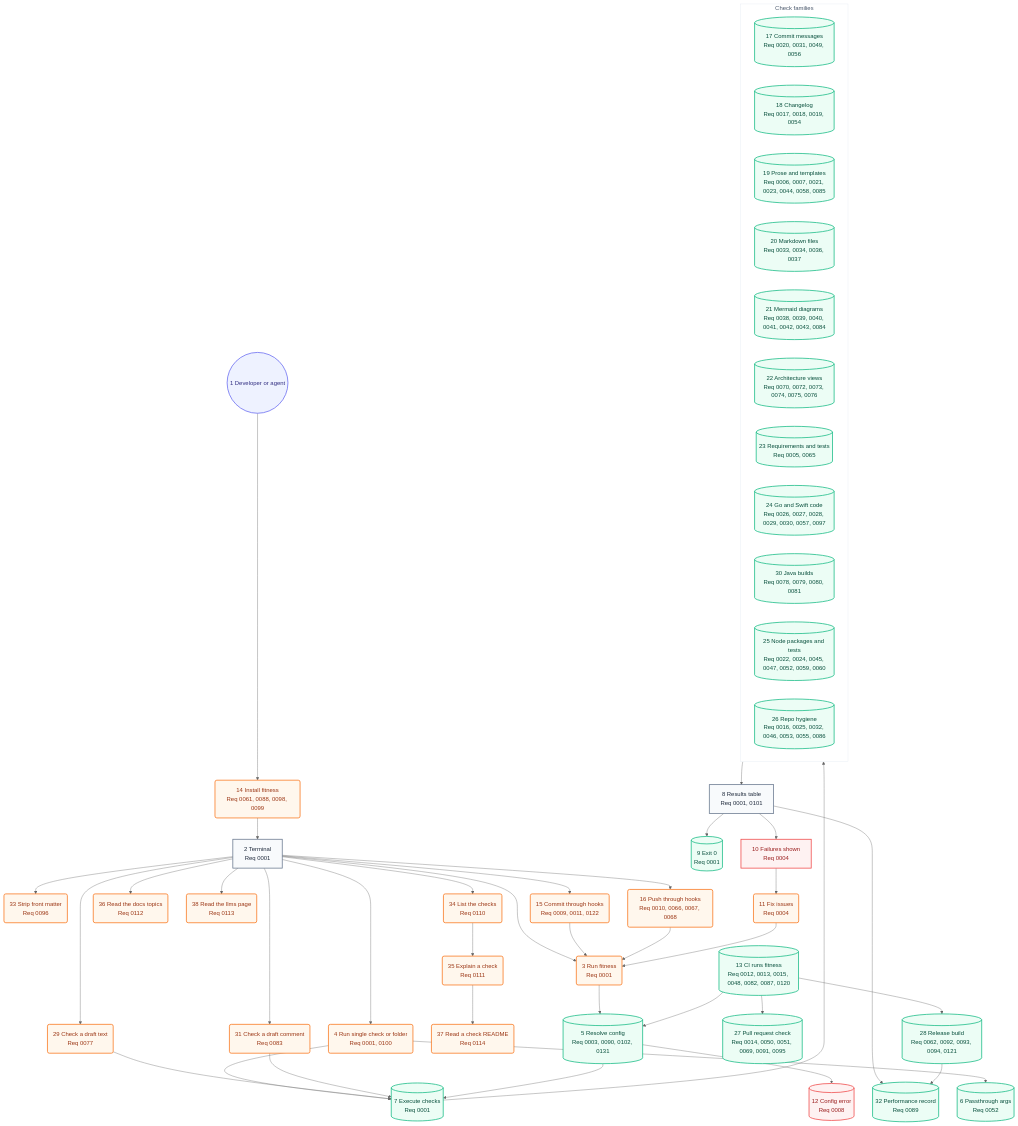
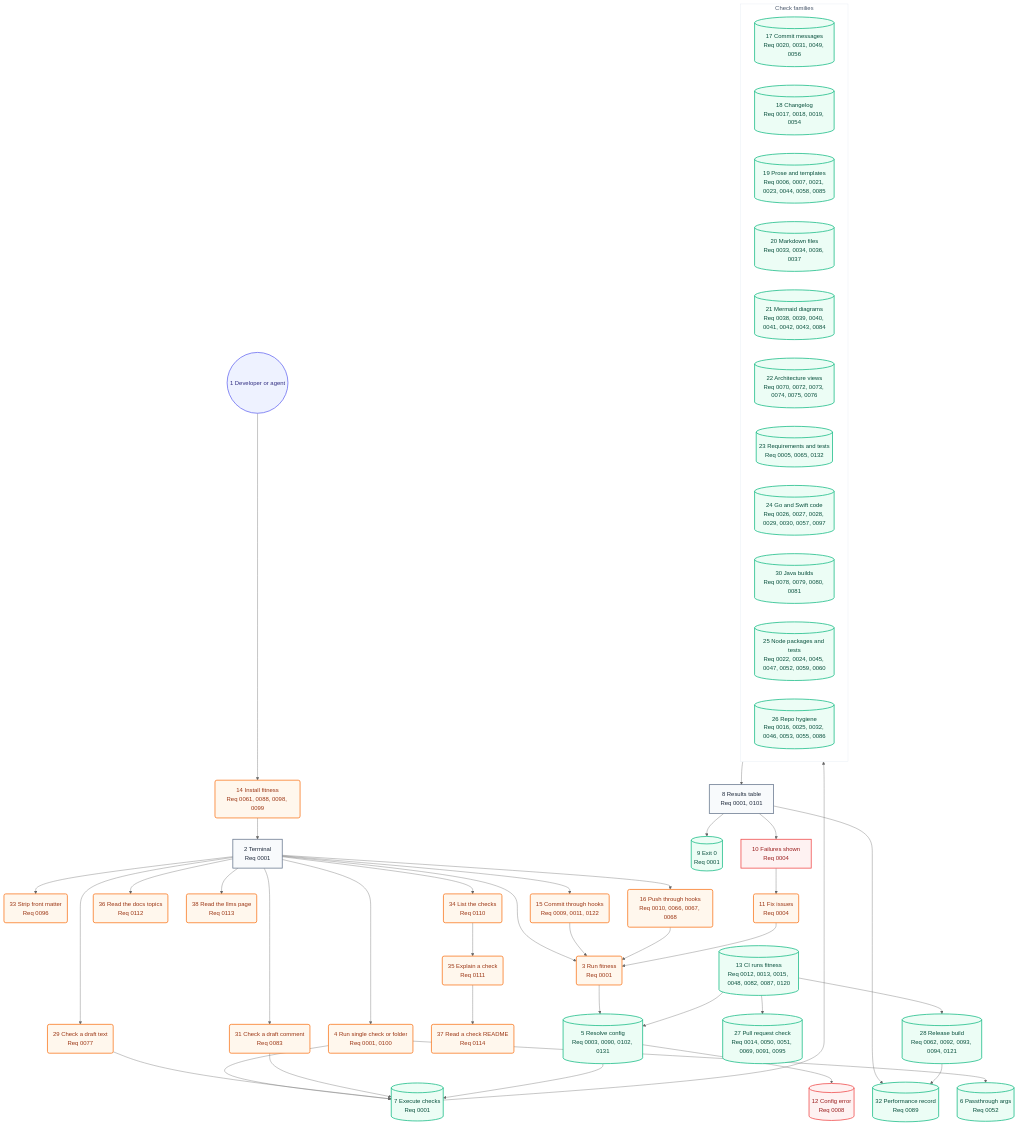
The second of 2 diagrams in docs/architecture/05-user-journey.md (may-journal/fitness-runner), drawn with Mermaid (neutral theme) before and after one commit. The commit also changed 25 other files, not shown here.

First line of the commit message:
feat(adr-checks): pair each ADR and requirement doc with its check

```diff
--- a/docs/architecture/05-user-journey.md
+++ b/docs/architecture/05-user-journey.md
@@ -65,7 +65,7 @@
         markdownChecks[(20 Markdown files<br/>Req 0033, 0034, 0036, 0037)]:::system
         mermaidChecks[(21 Mermaid diagrams<br/>Req 0038, 0039, 0040, 0041, 0042, 0043, 0084)]:::system
         architectureChecks[(22 Architecture views<br/>Req 0070, 0072, 0073, 0074, 0075, 0076)]:::system
-        requirementChecks[(23 Requirements and tests<br/>Req 0005, 0065)]:::system
+        requirementChecks[(23 Requirements and tests<br/>Req 0005, 0065, 0132)]:::system
         goSwiftChecks[(24 Go and Swift code<br/>Req 0026, 0027, 0028, 0029, 0030, 0057, 0097)]:::system
         javaChecks[(30 Java builds<br/>Req 0078, 0079, 0080, 0081)]:::system
         nodeChecks[(25 Node packages and tests<br/>Req 0022, 0024, 0045, 0047, 0052, 0059, 0060)]:::system
```
